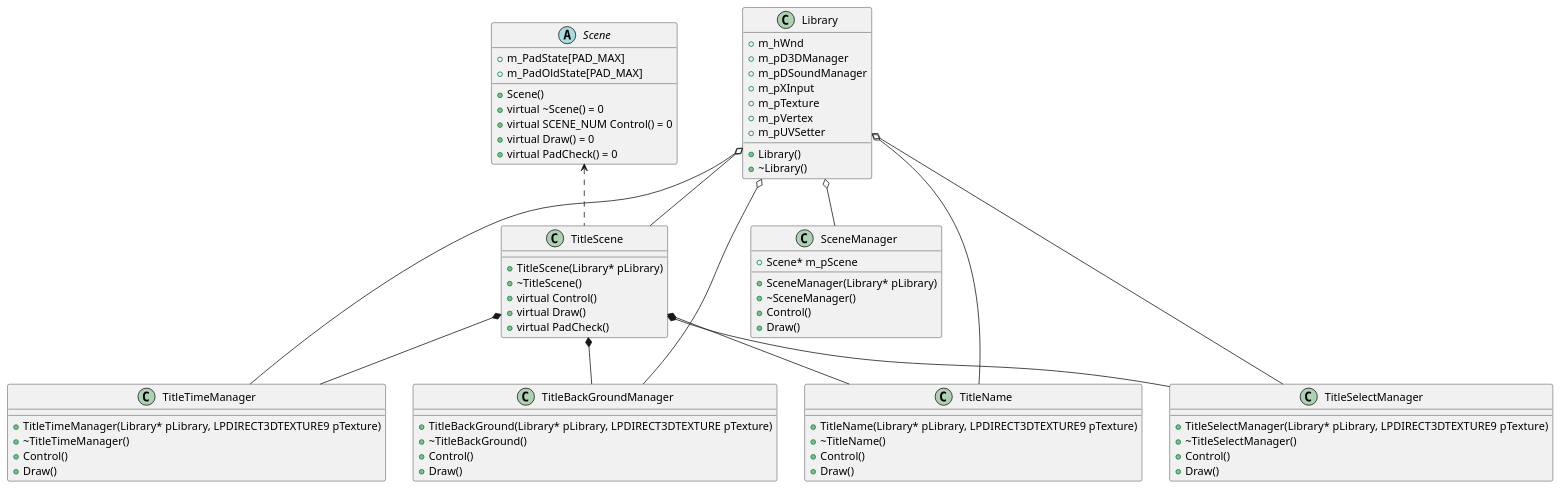
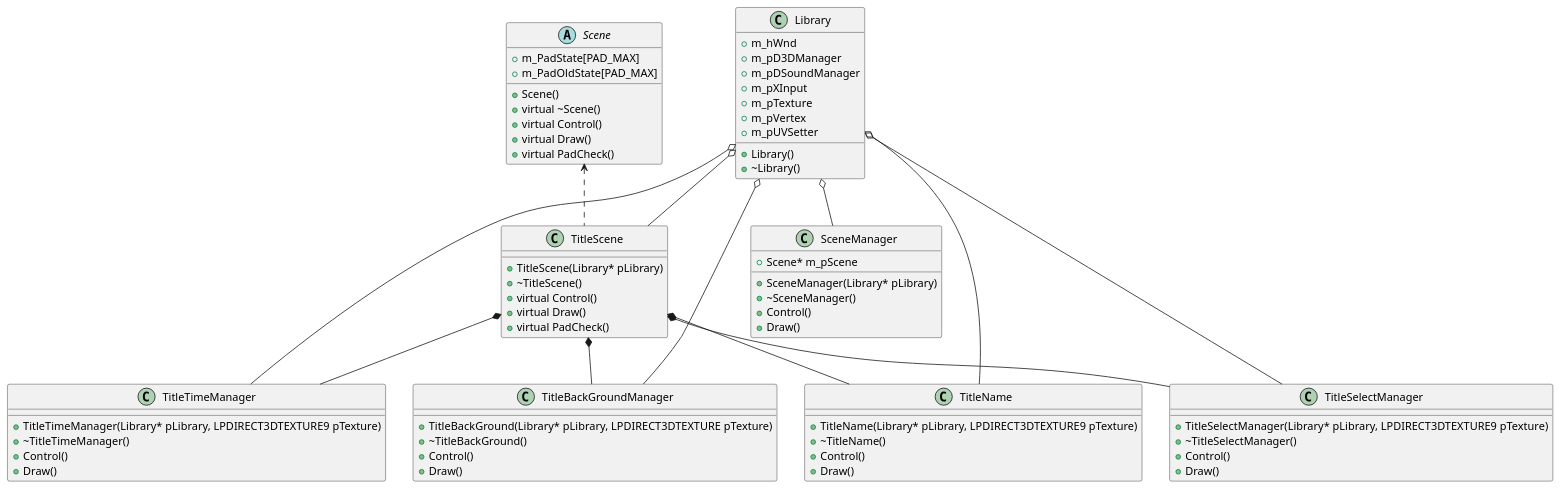
The diagram in OhuraKazuma[UML exam]/class-diagram.pu (human-osaka-game-2019/uml), drawn with PlantUML before and after one commit.

Commit message:
Abstructのクラス図における純粋仮想関数の表記(=0)を削除

```diff
--- a/OhuraKazuma[UML exam]/class-diagram.pu
+++ b/OhuraKazuma[UML exam]/class-diagram.pu
@@ -1,74 +1,74 @@
 @startuml class-diagram
 
 class Library{
     +Library()
     +~Library()
     +m_hWnd
     +m_pD3DManager
     +m_pDSoundManager
     +m_pXInput
     +m_pTexture
     +m_pVertex
     +m_pUVSetter
 }
 abstract Scene{
     +Scene()
-    +virtual ~Scene() = 0
-    +virtual SCENE_NUM Control() = 0
-    +virtual Draw() = 0
-    +virtual PadCheck() = 0
+    +virtual ~Scene()
+    +virtual Control()
+    +virtual Draw()
+    +virtual PadCheck()
     +m_PadState[PAD_MAX]
     +m_PadOldState[PAD_MAX]
 }
 class SceneManager{
     +SceneManager(Library* pLibrary)
     +~SceneManager()
     +Control()
     +Draw()
     +Scene* m_pScene
 }
 class TitleScene{
     +TitleScene(Library* pLibrary)
     +~TitleScene()
     +virtual Control()
     +virtual Draw()
     +virtual PadCheck()
 }
 class TitleName{
     +TitleName(Library* pLibrary, LPDIRECT3DTEXTURE9 pTexture)
     +~TitleName()
     +Control()
     +Draw()
 }
 class TitleSelectManager{
     +TitleSelectManager(Library* pLibrary, LPDIRECT3DTEXTURE9 pTexture)
     +~TitleSelectManager()
     +Control()
     +Draw()
 }
 class TitleTimeManager{
     +TitleTimeManager(Library* pLibrary, LPDIRECT3DTEXTURE9 pTexture)
     +~TitleTimeManager()
     +Control()
     +Draw()
 }
 class TitleBackGroundManager{
     +TitleBackGround(Library* pLibrary, LPDIRECT3DTEXTURE pTexture)
     +~TitleBackGround()
     +Control()
     +Draw()
 }
 
 Scene <.. TitleScene
 TitleScene *-- TitleName
 TitleScene *-- TitleTimeManager
 TitleScene *-- TitleBackGroundManager
 TitleScene *-- TitleSelectManager
 Library o-- SceneManager
 Library o-- TitleScene
 Library o-- TitleName
 Library o-- TitleSelectManager
 Library o-- TitleTimeManager
 Library o-- TitleBackGroundManager
 
 @enduml
```
